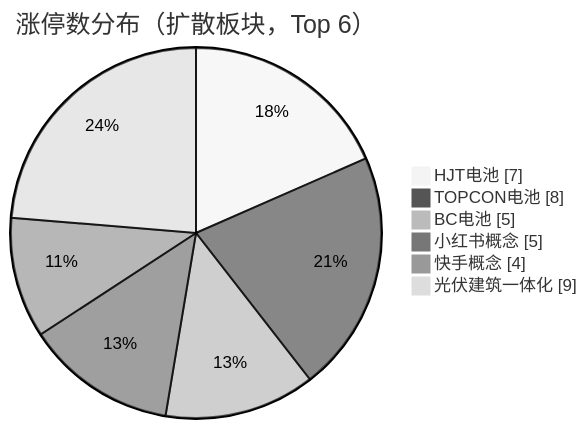
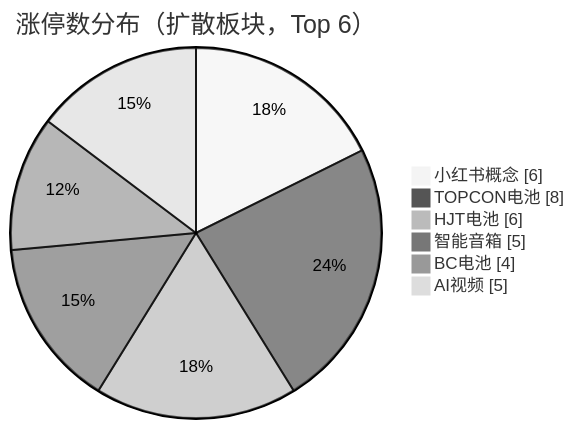
The first of 3 diagrams in content/投研交易/盘中分析/20261105.md (chenyang1999/chzl-kg), drawn with Mermaid (neutral theme) before and after one commit. The commit also changed other lines of this file, not shown here.

````diff
--- a/content/投研交易/盘中分析/20261105.md
+++ b/content/投研交易/盘中分析/20261105.md
@@ -30,10 +30,10 @@
 ```mermaid
 pie showData
     title 涨停数分布（扩散板块，Top 6）
-    "HJT电池" : 7
+    "小红书概念" : 6
     "TOPCON电池" : 8
-    "BC电池" : 5
-    "小红书概念" : 5
-    "快手概念" : 4
-    "光伏建筑一体化" : 9
+    "HJT电池" : 6
+    "智能音箱" : 5
+    "BC电池" : 4
+    "AI视频" : 5
 ```
````
